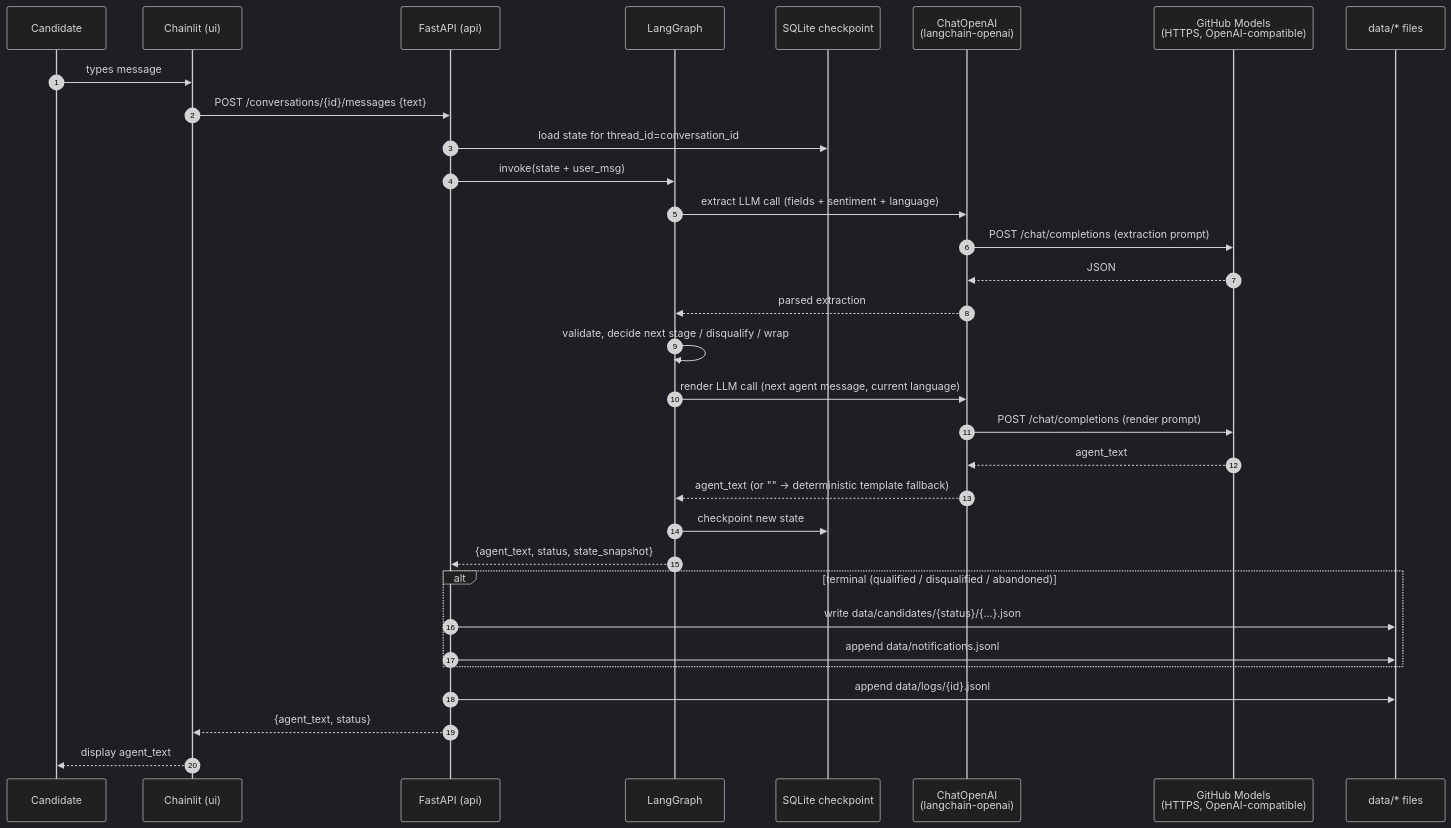
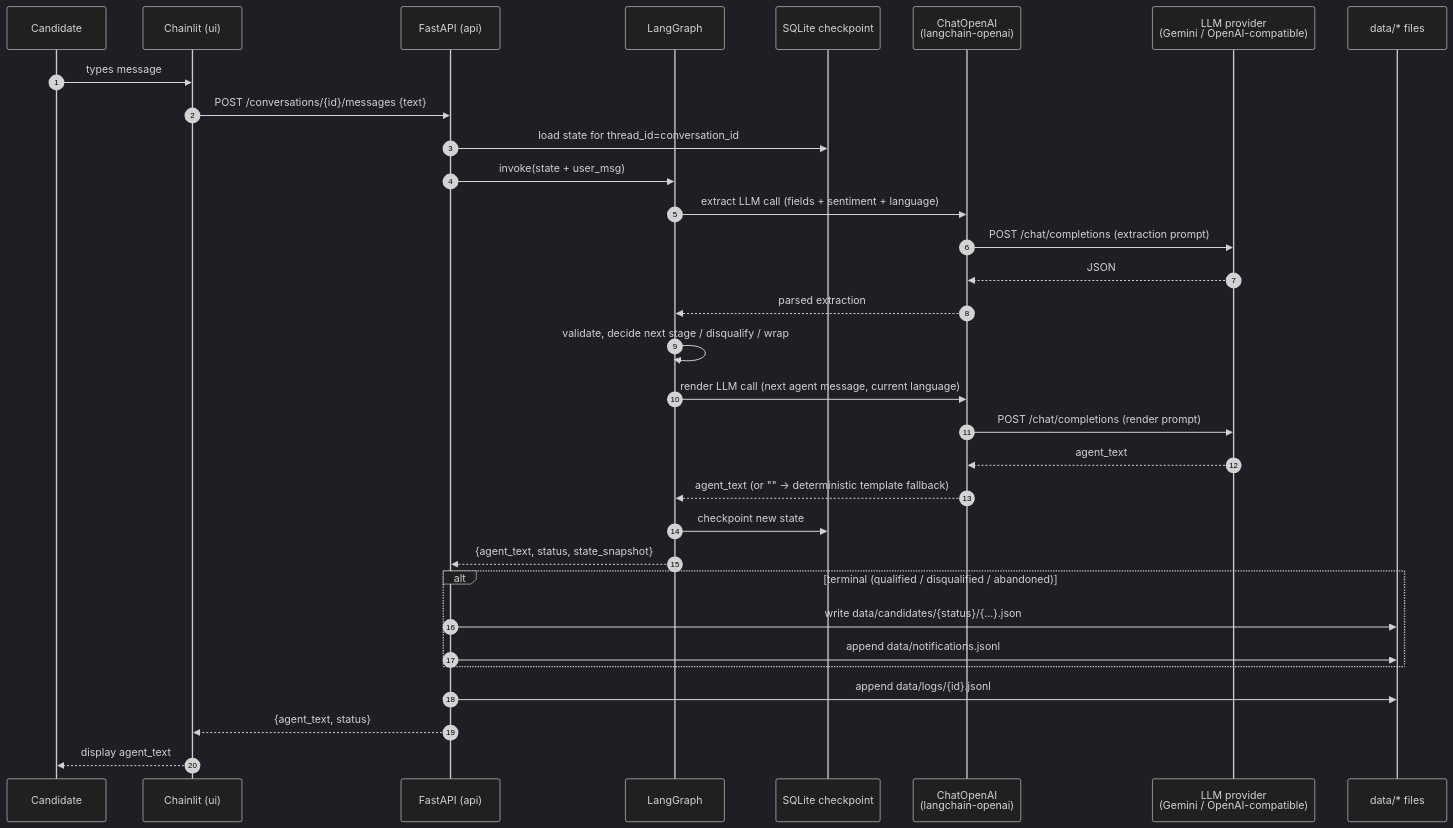
One commit to brenodacosta/screening_ai changed the second of 3 diagrams in docs/architecture.md. Above: the diagram before and after it, drawn with Mermaid (dark theme). The commit also changed other lines of this file and 6 other files, not shown here.

````diff
--- a/docs/architecture.md
+++ b/docs/architecture.md
@@ -63,35 +63,35 @@
 ```mermaid
 sequenceDiagram
     autonumber
     participant C as Candidate
     participant UI as Chainlit (ui)
     participant API as FastAPI (api)
     participant G as LangGraph
     participant DB as SQLite checkpoint
     participant L as ChatOpenAI<br/>(langchain-openai)
-    participant GH as GitHub Models<br/>(HTTPS, OpenAI-compatible)
+    participant GH as LLM provider<br/>(Gemini / OpenAI-compatible)
     participant FS as data/* files
 
     C->>UI: types message
     UI->>API: POST /conversations/{id}/messages {text}
     API->>DB: load state for thread_id=conversation_id
     API->>G: invoke(state + user_msg)
     G->>L: extract LLM call (fields + sentiment + language)
     L->>GH: POST /chat/completions (extraction prompt)
     GH-->>L: JSON
     L-->>G: parsed extraction
     G->>G: validate, decide next stage / disqualify / wrap
     G->>L: render LLM call (next agent message, current language)
     L->>GH: POST /chat/completions (render prompt)
     GH-->>L: agent_text
     L-->>G: agent_text (or "" -> deterministic template fallback)
     G->>DB: checkpoint new state
     G-->>API: {agent_text, status, state_snapshot}
     alt terminal (qualified / disqualified / abandoned)
         API->>FS: write data/candidates/{status}/{...}.json
         API->>FS: append data/notifications.jsonl
     end
     API->>FS: append data/logs/{id}.jsonl
     API-->>UI: {agent_text, status}
     UI-->>C: display agent_text
 ```
````
